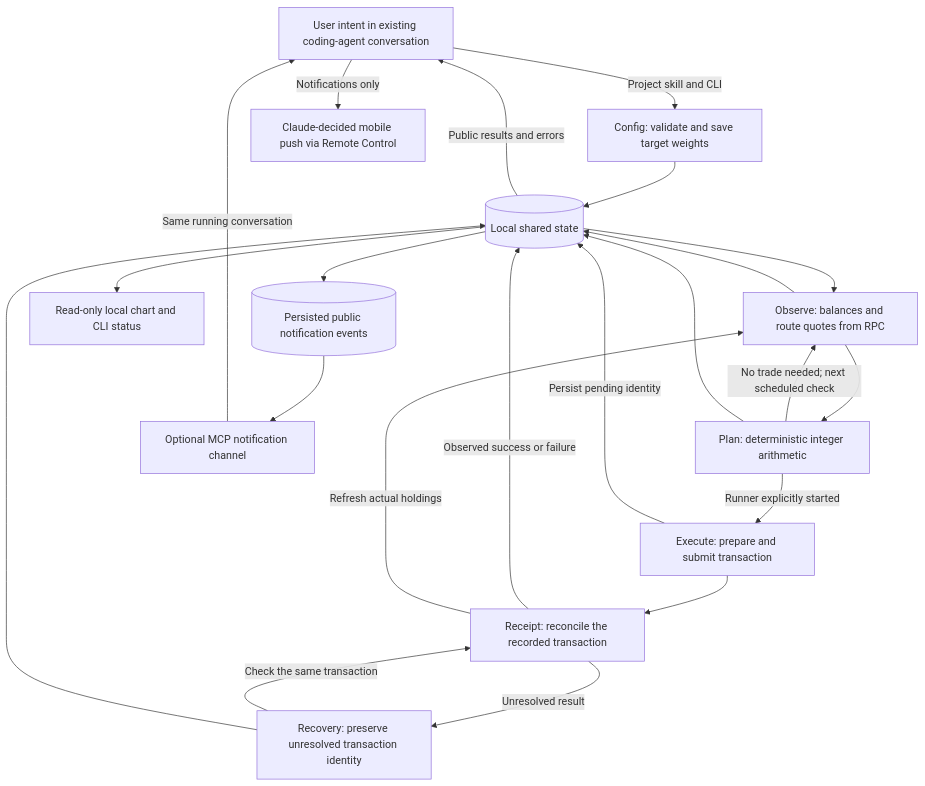
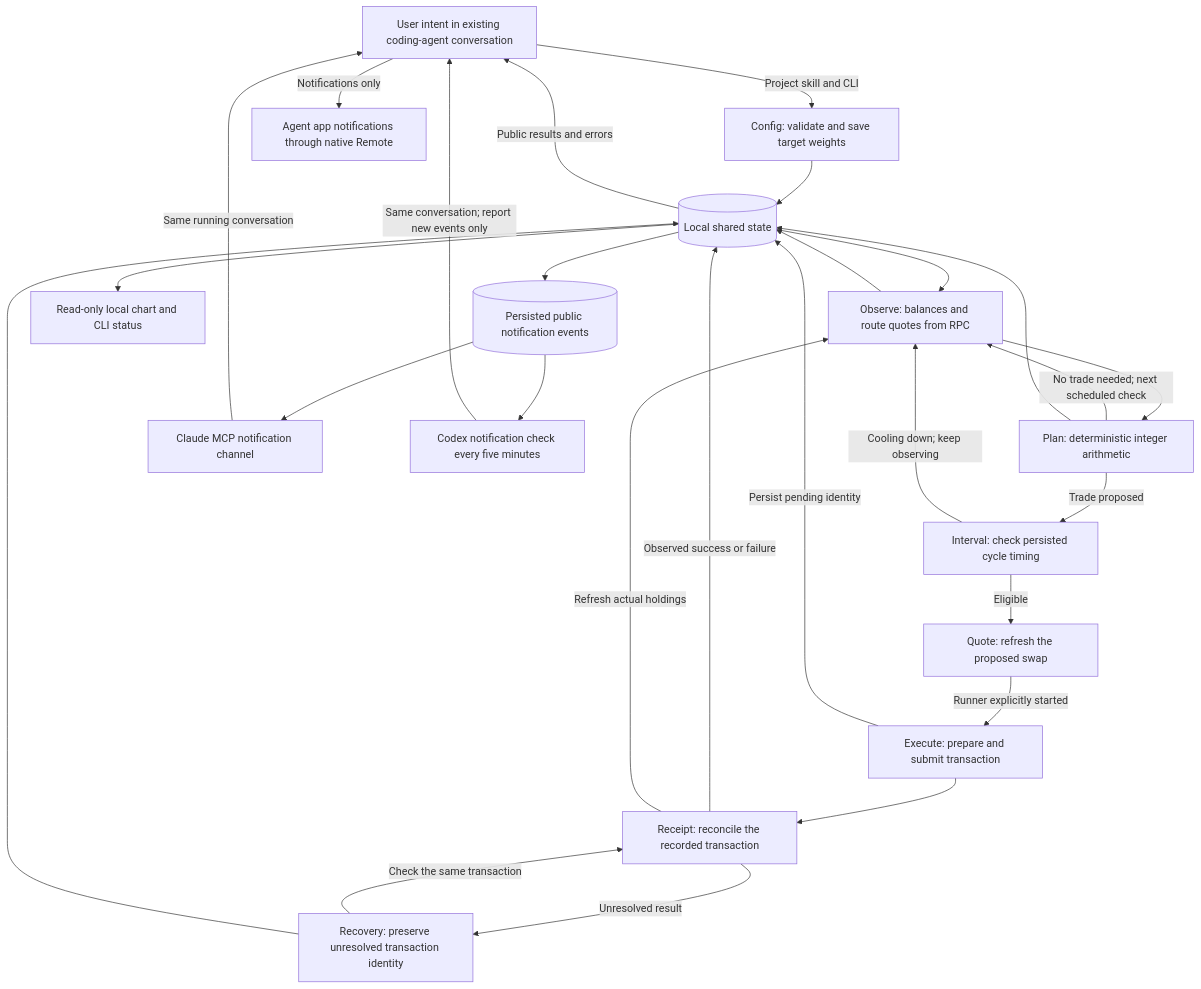
One commit to A1igator/rebalance changed the diagram in docs/AGENT_GRAPH.md. Above: the diagram before and after it, drawn with Mermaid. The commit also changed other lines of this file and 20 other files, not shown here.

Commit message:
Pace mainnet rebalance cycles and enable Codex notifications

````diff
--- a/docs/AGENT_GRAPH.md
+++ b/docs/AGENT_GRAPH.md
@@ -7,37 +7,45 @@
 ```mermaid
 flowchart TD
   intent[User intent in existing coding-agent conversation]
   config[Config: validate and save target weights]
   observe[Observe: balances and route quotes from RPC]
   plan[Plan: deterministic integer arithmetic]
+  interval[Interval: check persisted cycle timing]
+  quote[Quote: refresh the proposed swap]
   execute[Execute: prepare and submit transaction]
   receipt[Receipt: reconcile the recorded transaction]
   recovery[Recovery: preserve unresolved transaction identity]
   state[(Local shared state)]
   chart[Read-only local chart and CLI status]
   events[(Persisted public notification events)]
-  channel[Optional MCP notification channel]
-  push[Claude-decided mobile push via Remote Control]
+  channel[Claude MCP notification channel]
+  heartbeat[Codex notification check every five minutes]
+  push[Agent app notifications through native Remote]
 
   intent -->|Project skill and CLI| config
   config --> state
   state --> observe
   observe --> plan
   plan -->|No trade needed; next scheduled check| observe
-  plan -->|Runner explicitly started| execute
+  plan -->|Trade proposed| interval
+  interval -->|Cooling down; keep observing| observe
+  interval -->|Eligible| quote
+  quote -->|Runner explicitly started| execute
   execute -->|Persist pending identity| state
   execute --> receipt
   receipt -->|Observed success or failure| state
   receipt -->|Refresh actual holdings| observe
   receipt -->|Unresolved result| recovery
   recovery -->|Check the same transaction| receipt
   recovery --> state
   observe --> state
   plan --> state
   state --> chart
   state -->|Public results and errors| intent
   state --> events
   events --> channel
+  events --> heartbeat
   channel -->|Same running conversation| intent
+  heartbeat -->|Same conversation; report new events only| intent
   intent -->|Notifications only| push
 ```
````
